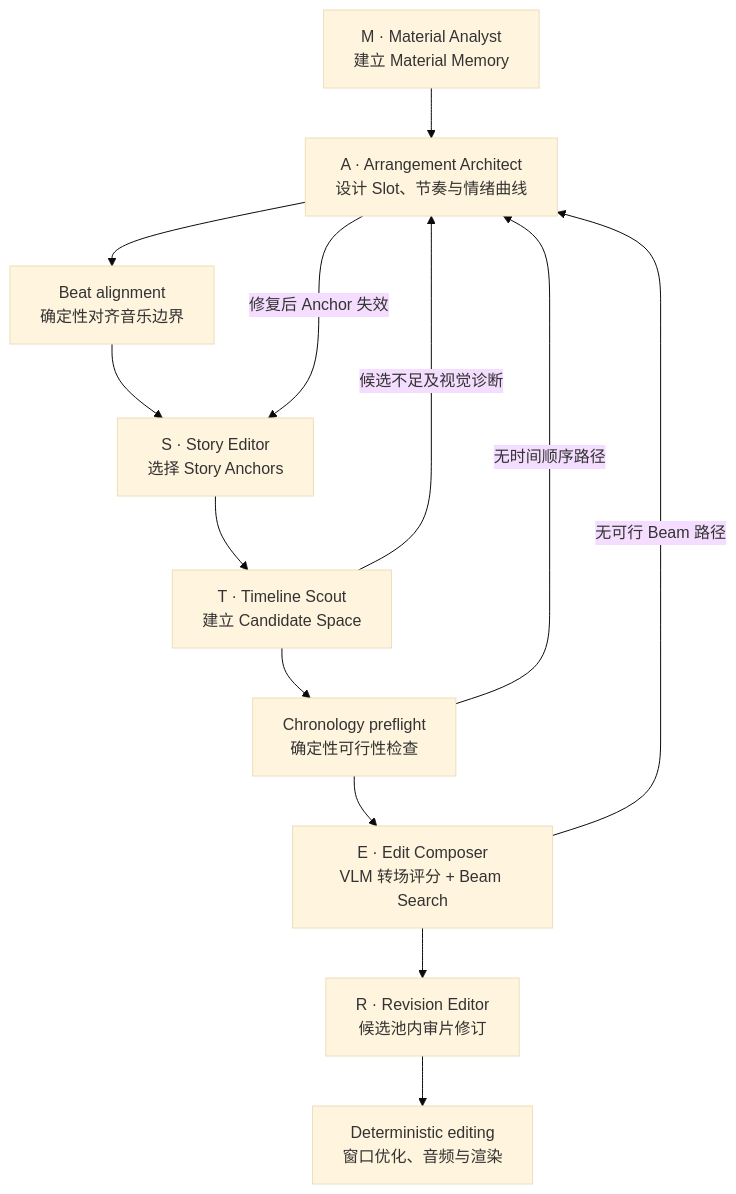
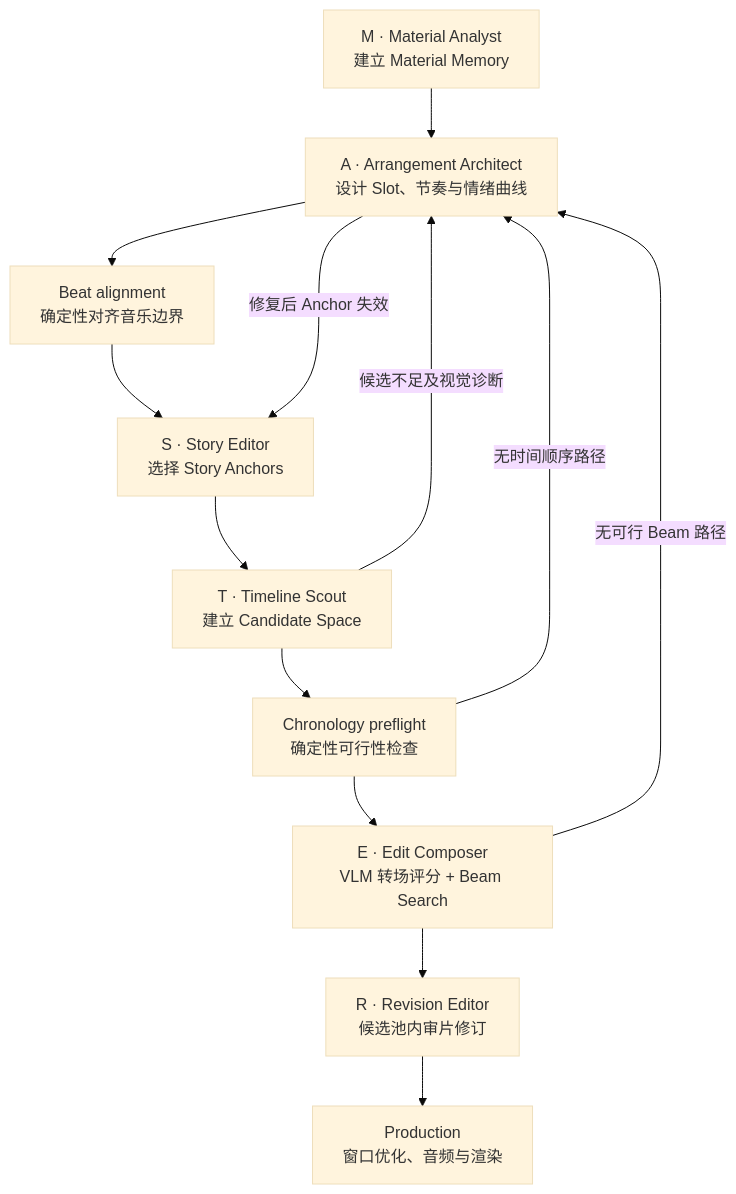
Before and after one commit to hit-felix-chen/CutMaster: the diagram in docs/dev/multi-agent-discussion.md, drawn with Mermaid (base theme). The commit also changed other lines of this file and 25 other files, not shown here.

Commit message:
refactor: move src/cutmaster/music to src/cutmaster/planners/tools, and rename src/cutmaster/editing to src/cutmaster/production

````diff
--- a/docs/dev/multi-agent-discussion.md
+++ b/docs/dev/multi-agent-discussion.md
@@ -35,18 +35,18 @@
 ```mermaid
 flowchart TD
     M["M · Material Analyst<br/>建立 Material Memory"]
     A["A · Arrangement Architect<br/>设计 Slot、节奏与情绪曲线"]
     B["Beat alignment<br/>确定性对齐音乐边界"]
     S["S · Story Editor<br/>选择 Story Anchors"]
     T["T · Timeline Scout<br/>建立 Candidate Space"]
     C["Chronology preflight<br/>确定性可行性检查"]
     E["E · Edit Composer<br/>VLM 转场评分 + Beam Search"]
     R["R · Revision Editor<br/>候选池内审片修订"]
-    F["Deterministic editing<br/>窗口优化、音频与渲染"]
+    F["Production<br/>窗口优化、音频与渲染"]
 
     M --> A --> B --> S --> T --> C --> E --> R --> F
     T -->|候选不足及视觉诊断| A
     A -->|修复后 Anchor 失效| S
     C -->|无时间顺序路径| A
     E -->|无可行 Beam 路径| A
 ```
````
